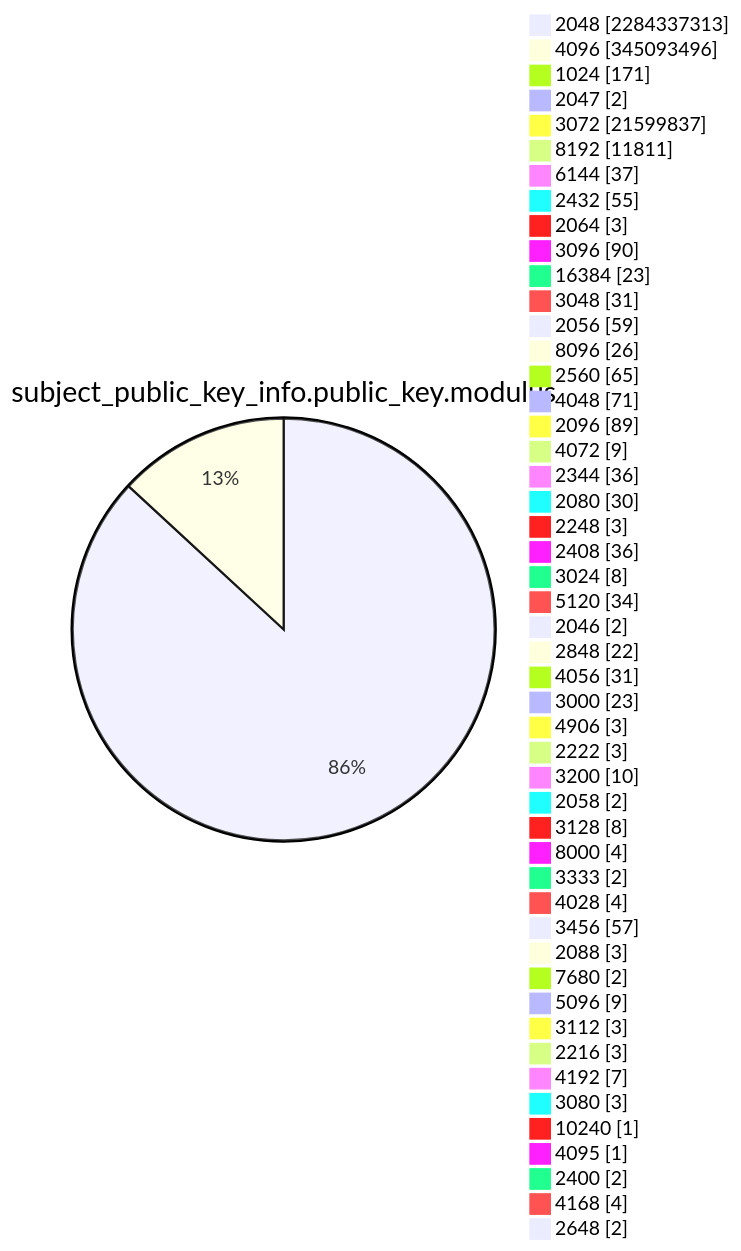
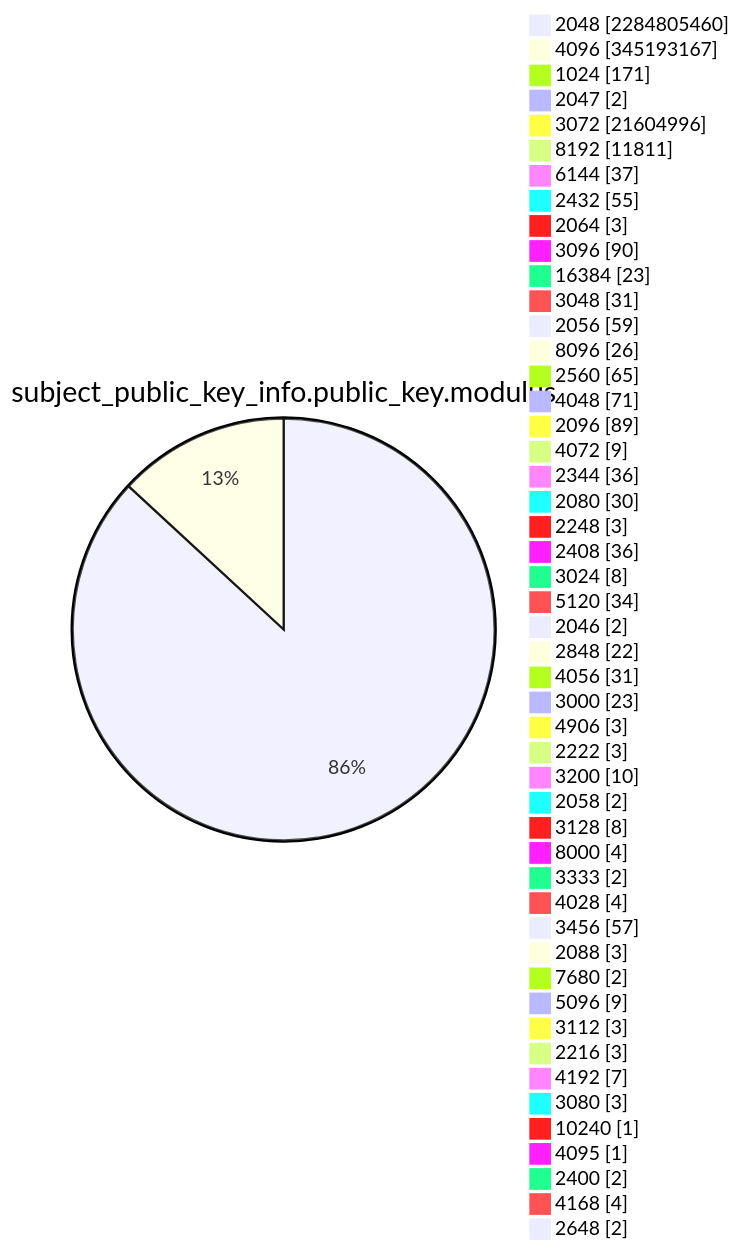
Before and after one commit to christiankrug/ctmonitor_visualization: diagram 13 of 15 in TOTAL/README.md, drawn with Mermaid. The commit also changed other lines of this file, not shown here.

````diff
--- a/TOTAL/README.md
+++ b/TOTAL/README.md
@@ -4167,53 +4167,53 @@
 ```mermaid
 pie showData
 title subject_public_key_info.public_key.modulus
-"2048" :2284337313
-"4096" :345093496
+"2048" :2284805460
+"4096" :345193167
 "1024" :171
 "2047" :2
-"3072" :21599837
+"3072" :21604996
 "8192" :11811
 "6144" :37
 "2432" :55
 "2064" :3
 "3096" :90
 "16384" :23
 "3048" :31
 "2056" :59
 "8096" :26
 "2560" :65
 "4048" :71
 "2096" :89
 "4072" :9
 "2344" :36
 "2080" :30
 "2248" :3
 "2408" :36
 "3024" :8
 "5120" :34
 "2046" :2
 "2848" :22
 "4056" :31
 "3000" :23
 "4906" :3
 "2222" :3
 "3200" :10
 "2058" :2
 "3128" :8
 "8000" :4
 "3333" :2
 "4028" :4
 "3456" :57
 "2088" :3
 "7680" :2
 "5096" :9
 "3112" :3
 "2216" :3
 "4192" :7
 "3080" :3
 "10240" :1
 "4095" :1
 "2400" :2
 "4168" :4
 "2648" :2
 ```
````
